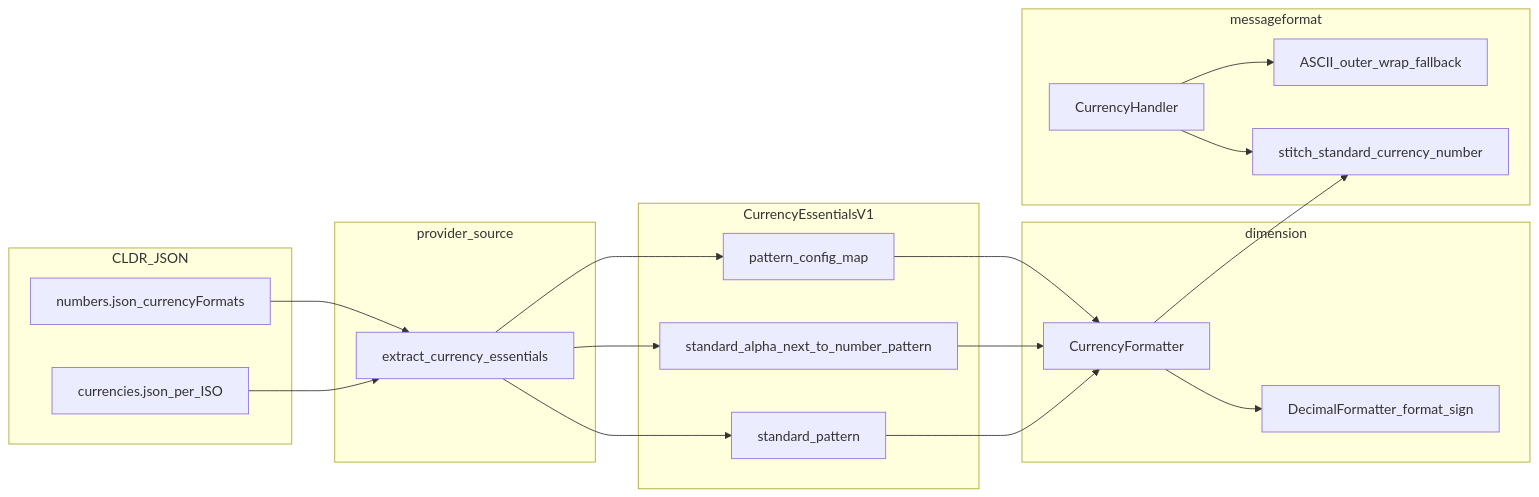
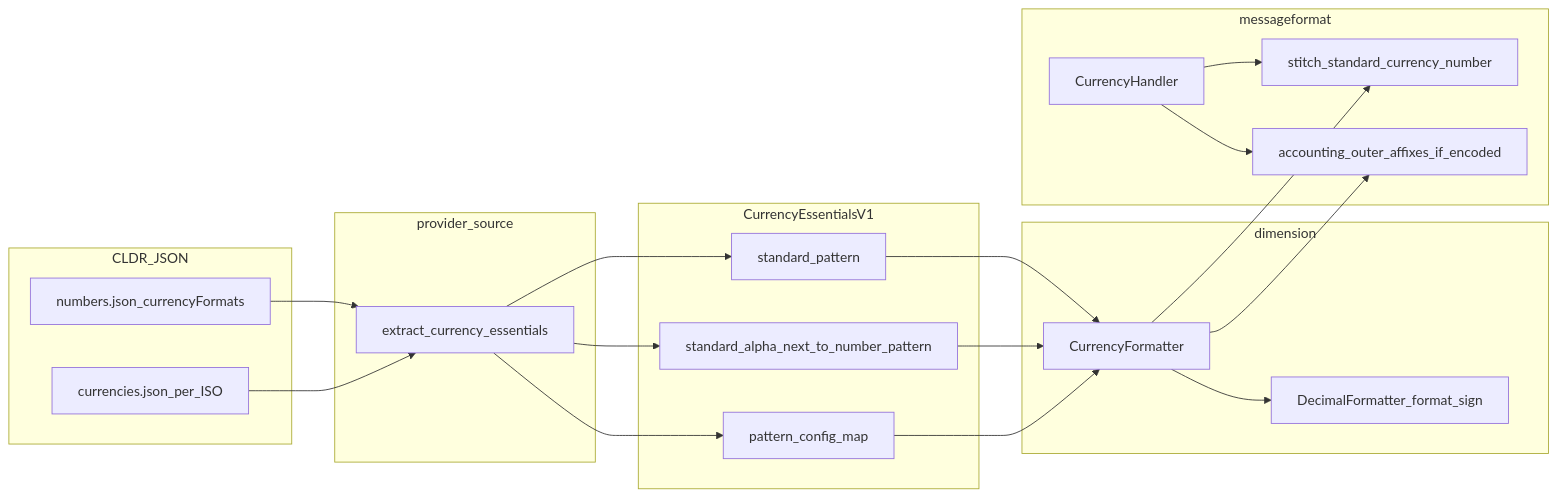
One commit to unicode-org/icu4x changed the diagram in documents/design/messageformat_currency_accounting.md. Above: the diagram before and after it, drawn with Mermaid. The commit also changed other lines of this file and 8 other files, not shown here.

````diff
--- a/documents/design/messageformat_currency_accounting.md
+++ b/documents/design/messageformat_currency_accounting.md
@@ -31,36 +31,37 @@
 ```mermaid
 flowchart LR
   subgraph cldr [CLDR_JSON]
     numbers[numbers.json_currencyFormats]
     currencies[currencies.json_per_ISO]
   end
   subgraph datagen [provider_source]
     extract[extract_currency_essentials]
   end
   subgraph payload [CurrencyEssentialsV1]
     stdPat[standard_pattern]
     alphaPat[standard_alpha_next_to_number_pattern]
     map[pattern_config_map]
   end
   subgraph runtime [dimension]
     CF[CurrencyFormatter]
     dec[DecimalFormatter_format_sign]
   end
   subgraph mf2 [messageformat]
     CH[CurrencyHandler]
     stitch[stitch_standard_currency_number]
-    wrap[ASCII_outer_wrap_fallback]
+    affix[accounting_outer_affixes_if_encoded]
   end
   numbers --> extract
   currencies --> extract
   extract --> stdPat
   extract --> alphaPat
   extract --> map
   stdPat --> CF
   alphaPat --> CF
   map --> CF
   CF --> dec
   CH --> stitch
   CF --> stitch
-  CH --> wrap
+  CH --> affix
+  CF --> affix
 ```
````
